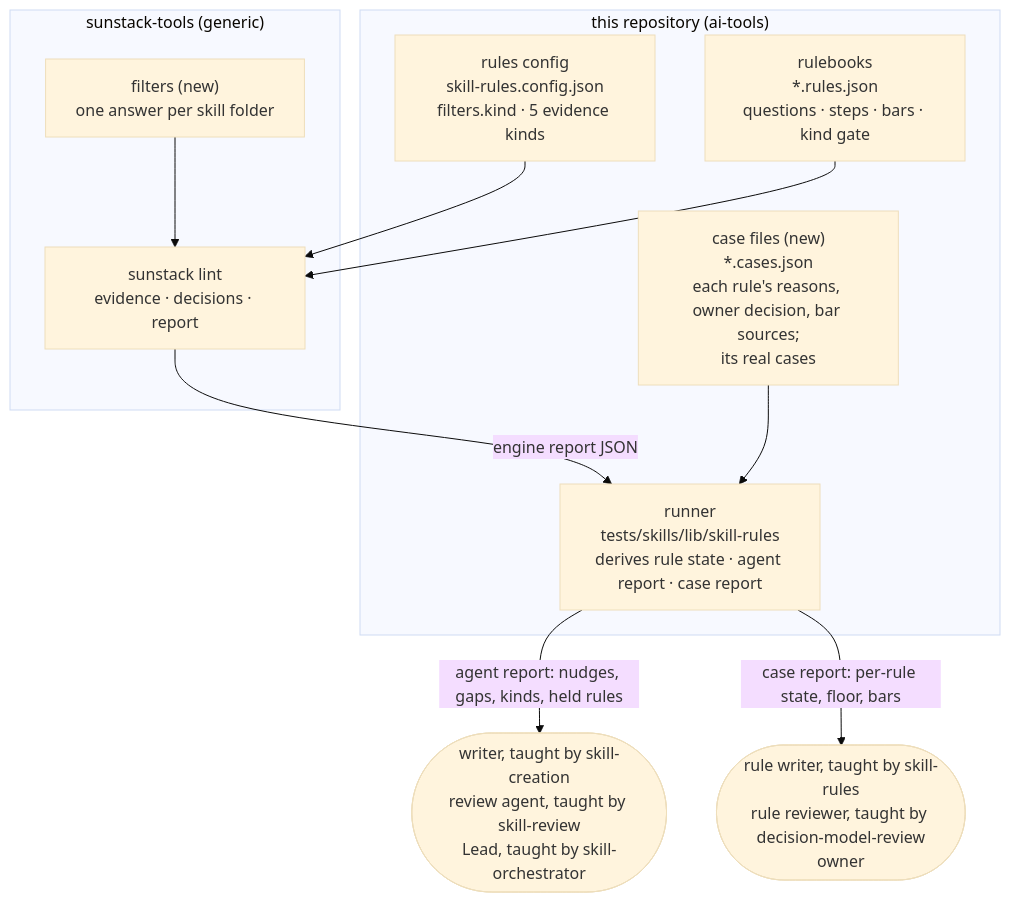
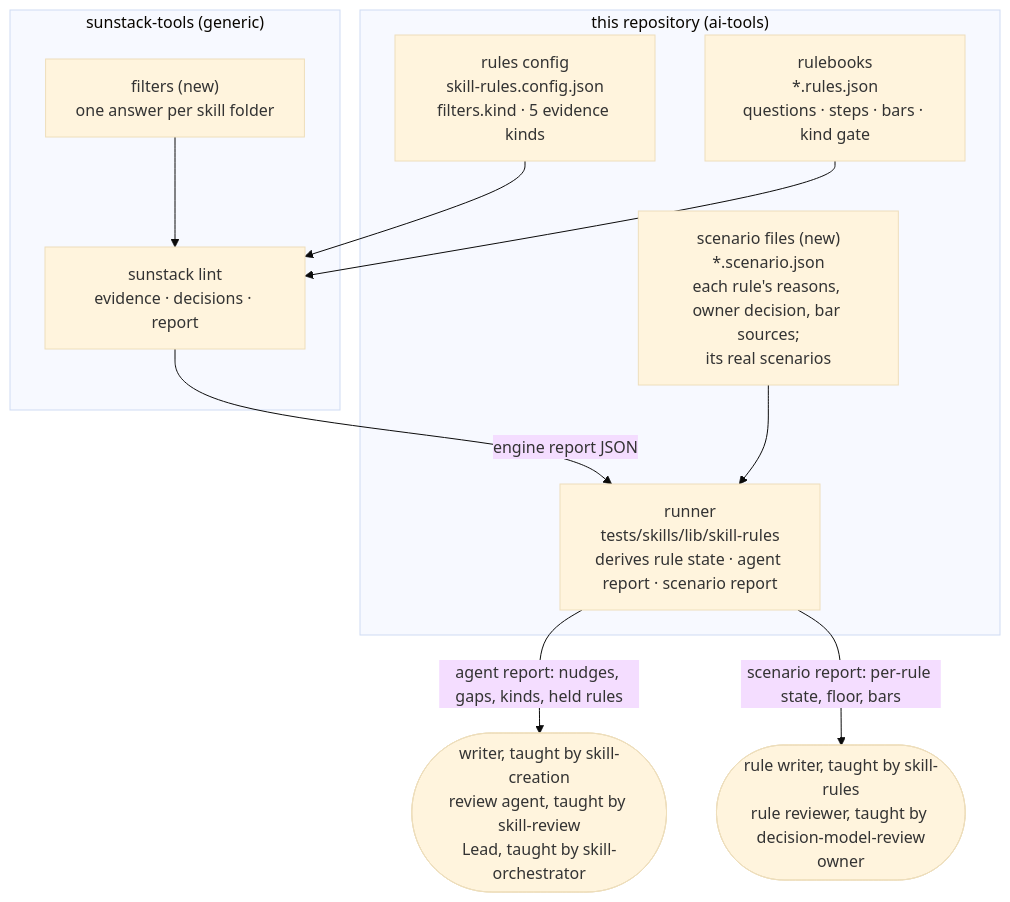
The first of 4 diagrams in docs/specs/2026-11-03-skill-rules/program-design.md (ShravanSunder/sunstack), drawn with Mermaid (base theme) before and after one commit. The commit also changed other lines of this file and 30 other files, not shown here.

First line of the commit message:
docs(skill-rules): scenarios replace cases; scenario runs outside git; owner adoption file replaces the committed receipt; D2 step A6

````diff
--- a/docs/specs/2026-11-03-skill-rules/program-design.md
+++ b/docs/specs/2026-11-03-skill-rules/program-design.md
@@ -7,20 +7,20 @@
 ```mermaid
 flowchart TB
   subgraph repo["this repository (ai-tools)"]
     cfg["rules config<br/>skill-rules.config.json<br/>filters.kind · 5 evidence kinds"]
     rb["rulebooks<br/>*.rules.json<br/>questions · steps · bars · kind gate"]
-    cs["case files (new)<br/>*.cases.json<br/>each rule's reasons, owner decision, bar sources;<br/>its real cases"]
-    runner["runner<br/>tests/skills/lib/skill-rules<br/>derives rule state · agent report · case report"]
+    cs["scenario files (new)<br/>*.scenario.json<br/>each rule's reasons, owner decision, bar sources;<br/>its real scenarios"]
+    runner["runner<br/>tests/skills/lib/skill-rules<br/>derives rule state · agent report · scenario report"]
   end
   subgraph engine["sunstack-tools (generic)"]
     lint["sunstack lint<br/>evidence · decisions · report"]
     assess["filters (new)<br/>one answer per skill folder"]
   end
   cfg --> lint
   rb --> lint
   assess --> lint
   lint -->|"engine report JSON"| runner
   cs --> runner
   runner -->|"agent report: nudges, gaps, kinds, held rules"| agent(["writer, taught by skill-creation<br/>review agent, taught by skill-review<br/>Lead, taught by skill-orchestrator"])
-  runner -->|"case report: per-rule state, floor, bars"| rw(["rule writer, taught by skill-rules<br/>rule reviewer, taught by decision-model-review<br/>owner"])
+  runner -->|"scenario report: per-rule state, floor, bars"| rw(["rule writer, taught by skill-rules<br/>rule reviewer, taught by decision-model-review<br/>owner"])
 ```
````
